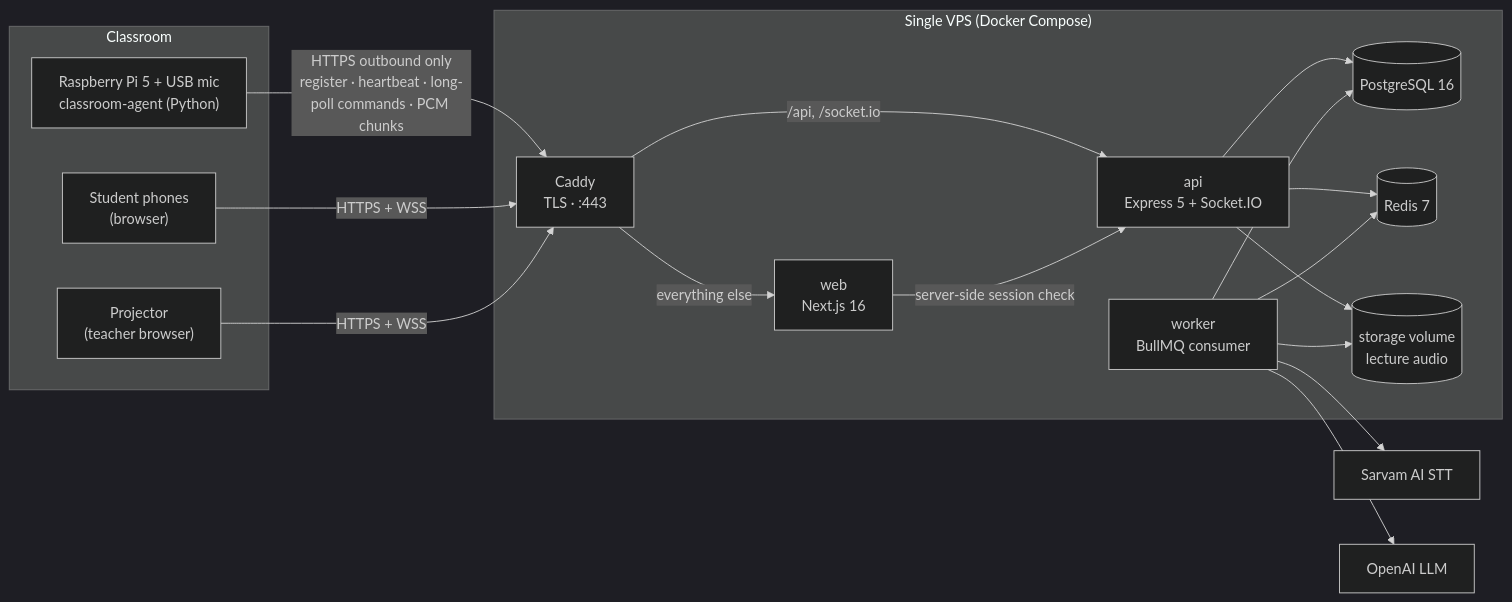
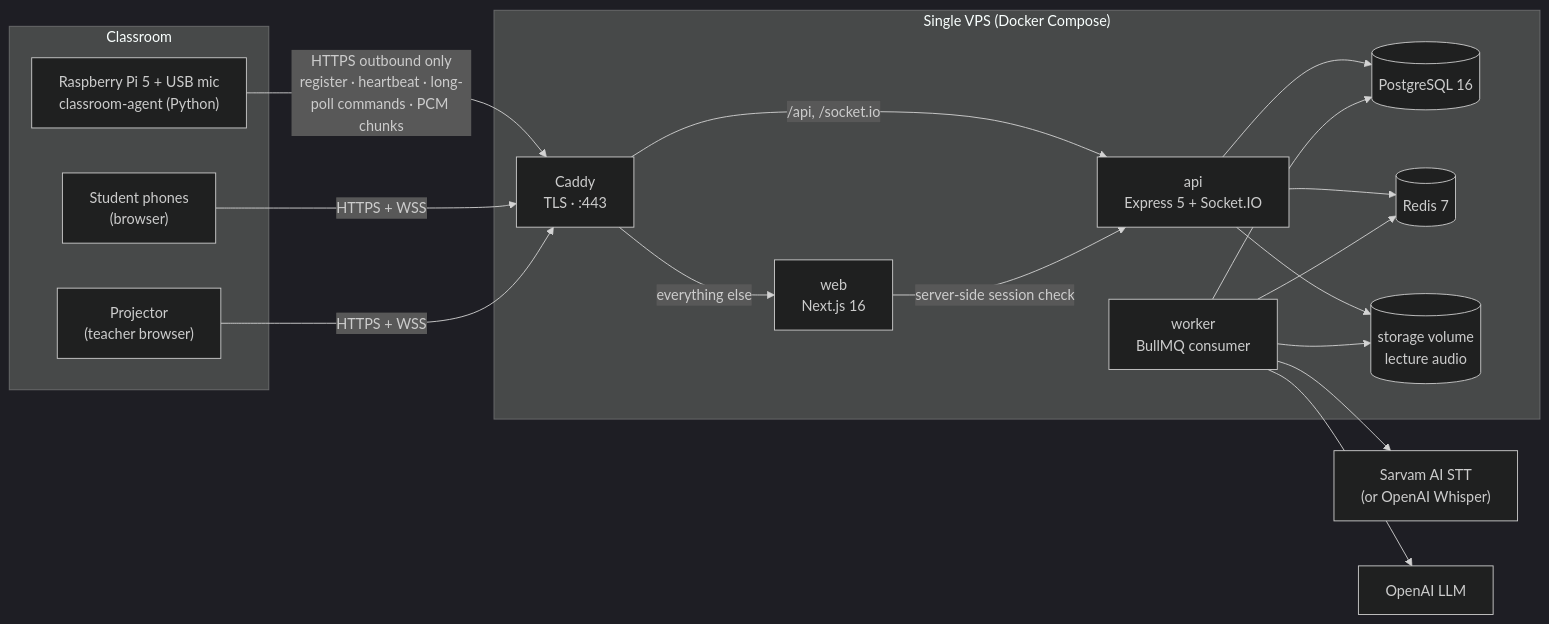
One commit to NINJA981/classpulse changed the diagram in docs/architecture.md. Above: the diagram before and after it, drawn with Mermaid (dark theme). The commit also changed other lines of this file and 233 other files, not shown here.

````diff
--- a/docs/architecture.md
+++ b/docs/architecture.md
@@ -5,34 +5,34 @@
 ```mermaid
 flowchart LR
   subgraph Classroom
     Pi["Raspberry Pi 5 + USB mic<br/>classroom-agent (Python)"]
     Phones["Student phones<br/>(browser)"]
     Projector["Projector<br/>(teacher browser)"]
   end
   subgraph VPS["Single VPS (Docker Compose)"]
     Caddy["Caddy<br/>TLS · :443"]
     Web["web<br/>Next.js 16"]
     API["api<br/>Express 5 + Socket.IO"]
     Worker["worker<br/>BullMQ consumer"]
     PG[("PostgreSQL 16")]
     Redis[("Redis 7")]
     Store[("storage volume<br/>lecture audio")]
   end
-  Sarvam["Sarvam AI STT"]
+  Sarvam["Sarvam AI STT<br/>(or OpenAI Whisper)"]
   OpenAI["OpenAI LLM"]
 
   Pi -- "HTTPS outbound only<br/>register · heartbeat · long-poll commands · PCM chunks" --> Caddy
   Phones -- HTTPS + WSS --> Caddy
   Projector -- HTTPS + WSS --> Caddy
   Caddy -- "/api, /socket.io" --> API
   Caddy -- "everything else" --> Web
   Web -- "server-side session check" --> API
   API --> PG
   API --> Redis
   API --> Store
   Worker --> Redis
   Worker --> PG
   Worker --> Store
   Worker --> Sarvam
   Worker --> OpenAI
 ```
````
